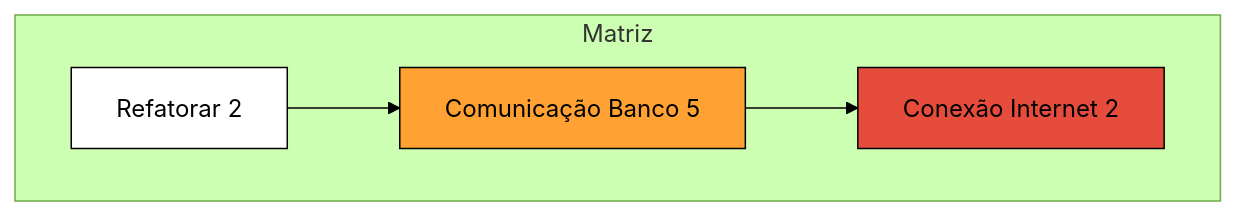
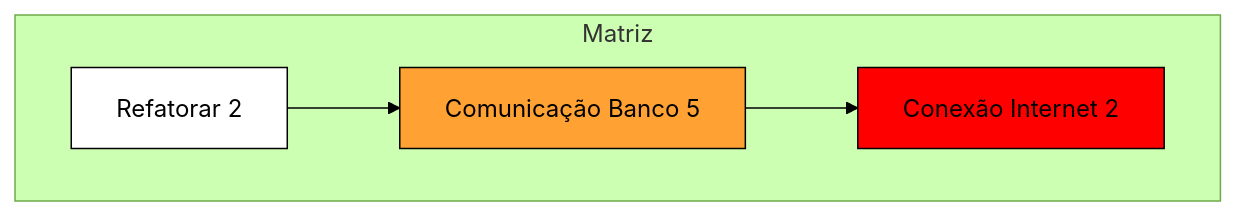
The second of 2 diagrams in README.md (MaxPichy/teste_gannt3), drawn with Mermaid (forest theme) before and after one commit.

````diff
--- a/README.md
+++ b/README.md
@@ -33,15 +33,15 @@
 ```mermaid
   graph TD
   subgraph Matriz
 
   A1["Refatorar 2"]:::branco-->
   A2["Comunicação Banco 5"]:::laranja-->
   A3["Conexão Internet 2"]:::vermelho
   end
   
   classDef branco color:#000, fill:#FFF, stroke:#000, stroke-width:1px;
   classDef laranja color:#000, fill:#FFA233, stroke:#000, stroke-width:1px;
-  classDef vermelho color:#000, fill:#E64C3C, stroke:#000, stroke-width:1px;
+  classDef vermelho color:#000, fill:#FF0000, stroke:#000, stroke-width:1px;
   
 
 ```
````
